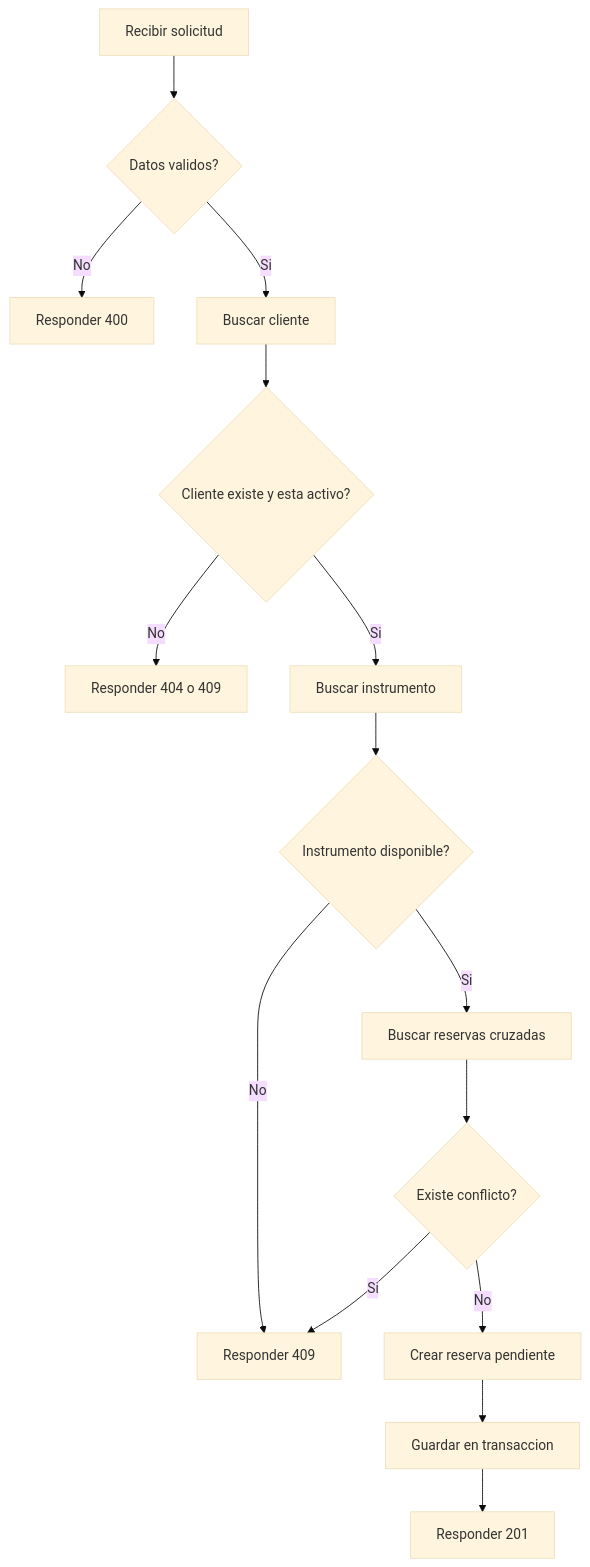
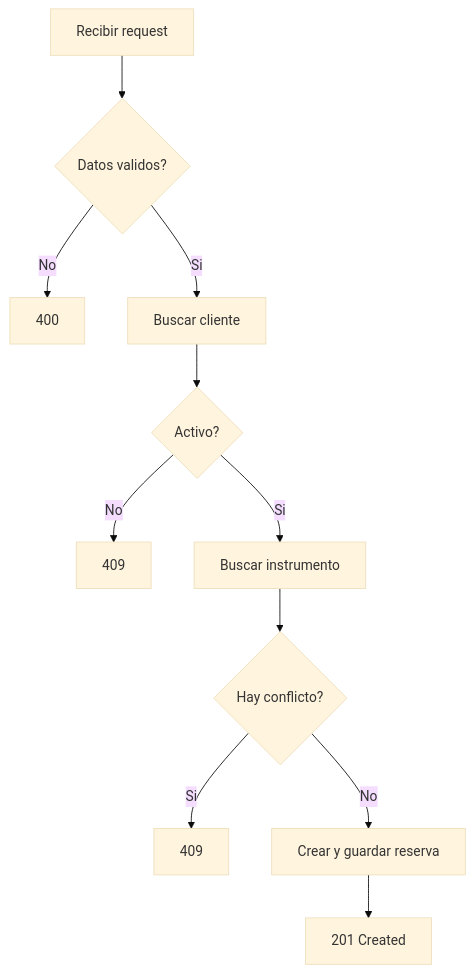
One commit to HectorARiascosI/musical-rent-api changed the eighth of 10 diagrams in PLAN_PROYECTO.md. Above: the diagram before and after it, drawn with Mermaid (base theme). The commit also changed other lines of this file, not shown here.

````diff
--- a/PLAN_PROYECTO.md
+++ b/PLAN_PROYECTO.md
@@ -2203,17 +847,13 @@
 ```mermaid
 flowchart TD
-  A[Recibir solicitud] --> B{Datos validos?}
-  B -- No --> X[Responder 400]
-  B -- Si --> C[Buscar cliente]
-  C --> D{Cliente existe y esta activo?}
-  D -- No --> Y[Responder 404 o 409]
-  D -- Si --> E[Buscar instrumento]
-  E --> F{Instrumento disponible?}
-  F -- No --> Z[Responder 409]
-  F -- Si --> G[Buscar reservas cruzadas]
-  G --> H{Existe conflicto?}
-  H -- Si --> Z
-  H -- No --> I[Crear reserva pendiente]
-  I --> J[Guardar en transaccion]
-  J --> K[Responder 201]
+    A[Recibir request] --> B{Datos validos?}
+    B -- No --> X[400]
+    B -- Si --> C[Buscar cliente]
+    C --> D{Activo?}
+    D -- No --> Y[409]
+    D -- Si --> E[Buscar instrumento]
+    E --> F{Hay conflicto?}
+    F -- Si --> Z[409]
+    F -- No --> G[Crear y guardar reserva]
+    G --> H[201 Created]
 ```
````
